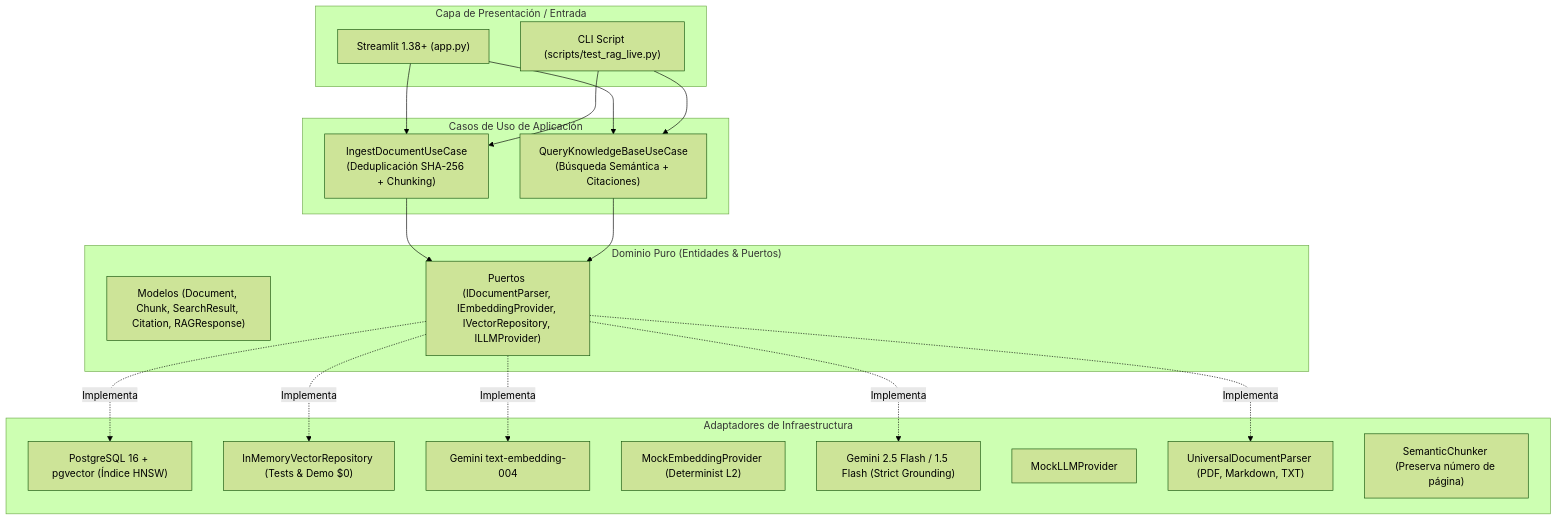
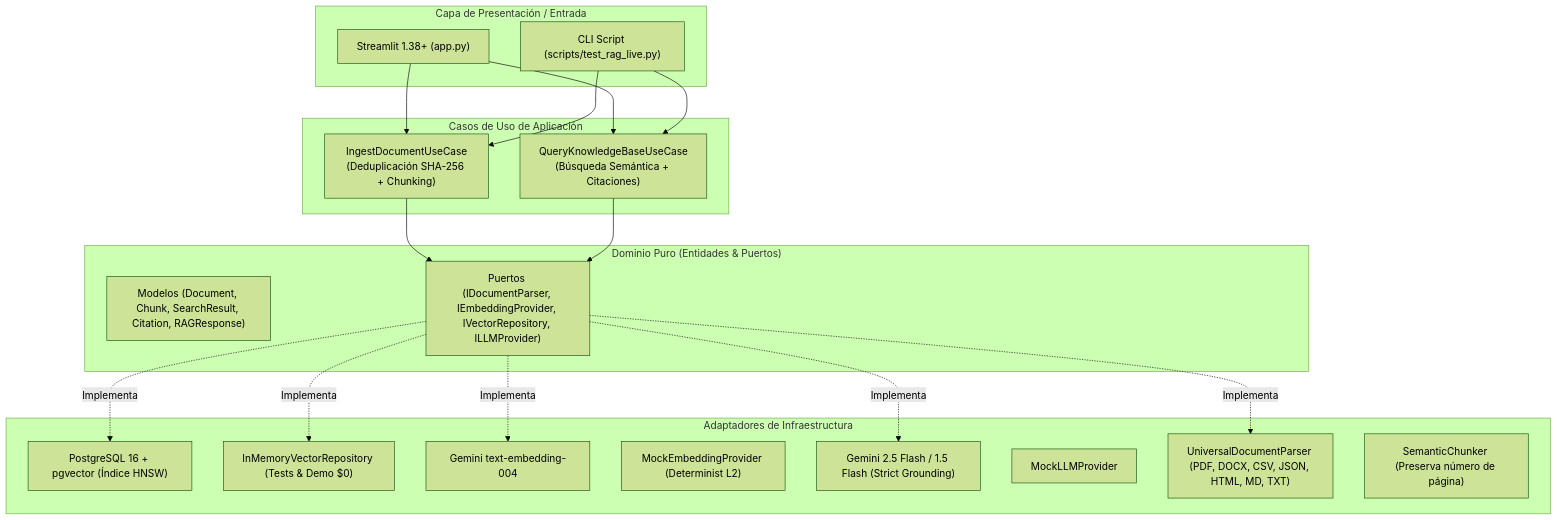
Before and after one commit to ezequiel-dev93/rag-enterprise-pgvector: the diagram in README.md, drawn with Mermaid (forest theme). The commit also changed other lines of this file and 9 other files, not shown here.

Commit message:
feat: add web-ready BYOK security, multi-format document parser and E2E tests

````diff
--- a/README.md
+++ b/README.md
@@ -20,40 +20,40 @@
 ```mermaid
 flowchart TD
     subgraph Presentation["Capa de Presentación / Entrada"]
         UI["Streamlit 1.38+ (app.py)"]
         CLI["CLI Script (scripts/test_rag_live.py)"]
     end
 
     subgraph UseCases["Casos de Uso de Aplicación"]
         UC1["IngestDocumentUseCase<br/>(Deduplicación SHA-256 + Chunking)"]
         UC2["QueryKnowledgeBaseUseCase<br/>(Búsqueda Semántica + Citaciones)"]
     end
 
     subgraph Core["Dominio Puro (Entidades & Puertos)"]
         Models["Modelos (Document, Chunk, SearchResult, Citation, RAGResponse)"]
         Ports["Puertos (IDocumentParser, IEmbeddingProvider, IVectorRepository, ILLMProvider)"]
     end
 
     subgraph Infrastructure["Adaptadores de Infraestructura"]
         PG["PostgreSQL 16 + pgvector (Índice HNSW)"]
         MemDB["InMemoryVectorRepository (Tests & Demo $0)"]
         GeminiEmb["Gemini text-embedding-004"]
         MockEmb["MockEmbeddingProvider (Determinist L2)"]
         GeminiLLM["Gemini 2.5 Flash / 1.5 Flash (Strict Grounding)"]
         MockLLM["MockLLMProvider"]
-        Parser["UniversalDocumentParser (PDF, Markdown, TXT)"]
+        Parser["UniversalDocumentParser (PDF, DOCX, CSV, JSON, HTML, MD, TXT)"]
         Chunker["SemanticChunker (Preserva número de página)"]
     end
 
     UI --> UC1
     UI --> UC2
     CLI --> UC1
     CLI --> UC2
     UC1 --> Ports
     UC2 --> Ports
     Ports -.->|Implementa| PG
     Ports -.->|Implementa| MemDB
     Ports -.->|Implementa| GeminiEmb
     Ports -.->|Implementa| GeminiLLM
     Ports -.->|Implementa| Parser
 ```
````
